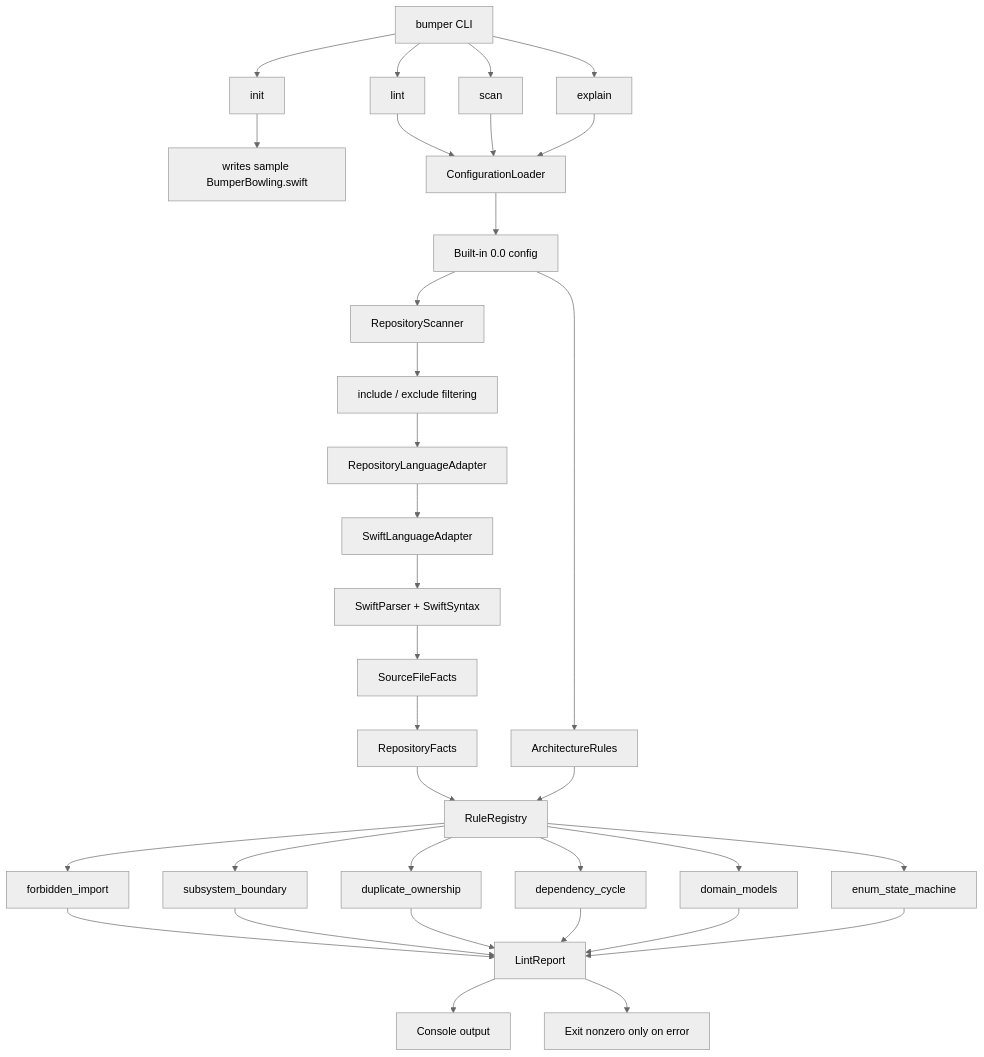
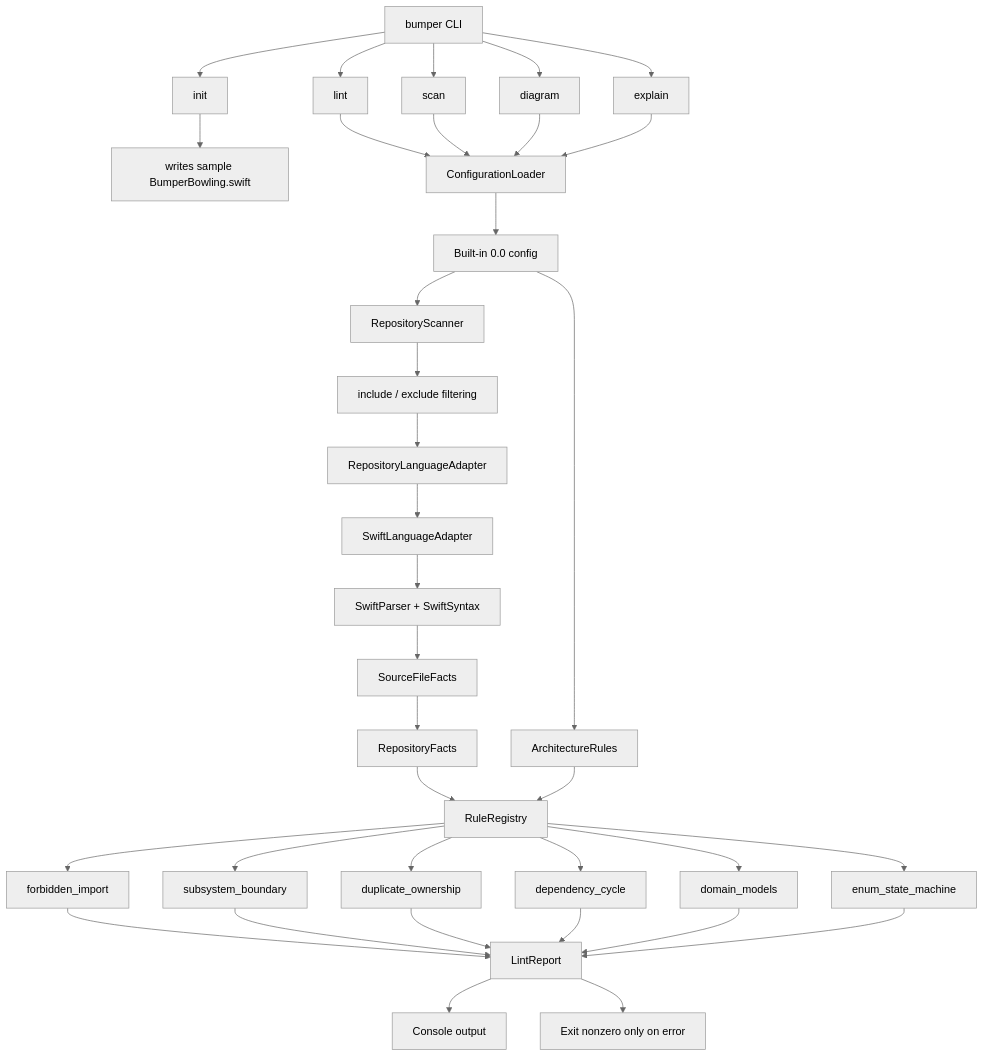
One commit to RoyalPineapple/BumperBowling changed the first of 9 diagrams in SYSTEM_DIAGRAM.md. Above: the diagram before and after it, drawn with Mermaid (neutral theme). The commit also changed other lines of this file and 6 other files, not shown here.

Commit message:
Generate deterministic system diagrams

````diff
--- a/SYSTEM_DIAGRAM.md
+++ b/SYSTEM_DIAGRAM.md
@@ -7,49 +9,51 @@
 ```mermaid
 flowchart TD
     CLI["bumper CLI"]
 
     CLI --> Init["init"]
     CLI --> Lint["lint"]
     CLI --> Scan["scan"]
+    CLI --> Diagram["diagram"]
     CLI --> Explain["explain"]
 
     Init --> SampleConfig["writes sample BumperBowling.swift"]
 
     Lint --> ConfigLoader["ConfigurationLoader"]
     Scan --> ConfigLoader
+    Diagram --> ConfigLoader
     Explain --> ConfigLoader
 
     ConfigLoader --> BuiltInConfig["Built-in 0.0 config"]
 
     BuiltInConfig --> Rules["ArchitectureRules"]
     BuiltInConfig --> Scanner["RepositoryScanner"]
 
     Scanner --> IncludeExclude["include / exclude filtering"]
     IncludeExclude --> AdapterRouter["RepositoryLanguageAdapter"]
 
     AdapterRouter --> SwiftAdapter["SwiftLanguageAdapter"]
     SwiftAdapter --> SwiftParser["SwiftParser + SwiftSyntax"]
     SwiftParser --> SourceFacts["SourceFileFacts"]
 
     SourceFacts --> RepoFacts["RepositoryFacts"]
     RepoFacts --> RuleRegistry["RuleRegistry"]
 
     Rules --> RuleRegistry
 
     RuleRegistry --> ForbiddenImport["forbidden_import"]
     RuleRegistry --> SubsystemBoundary["subsystem_boundary"]
     RuleRegistry --> DuplicateOwnership["duplicate_ownership"]
     RuleRegistry --> DependencyCycle["dependency_cycle"]
     RuleRegistry --> DomainModels["domain_models"]
     RuleRegistry --> EnumStateMachine["enum_state_machine"]
 
     ForbiddenImport --> Report["LintReport"]
-    SubsystemBoundary --> Report
-    DuplicateOwnership --> Report
-    DependencyCycle --> Report
-    DomainModels --> Report
-    EnumStateMachine --> Report
+    SubsystemBoundary --> Report["LintReport"]
+    DuplicateOwnership --> Report["LintReport"]
+    DependencyCycle --> Report["LintReport"]
+    DomainModels --> Report["LintReport"]
+    EnumStateMachine --> Report["LintReport"]
 
     Report --> Console["Console output"]
     Report --> Exit["Exit nonzero only on error"]
 ```
````
